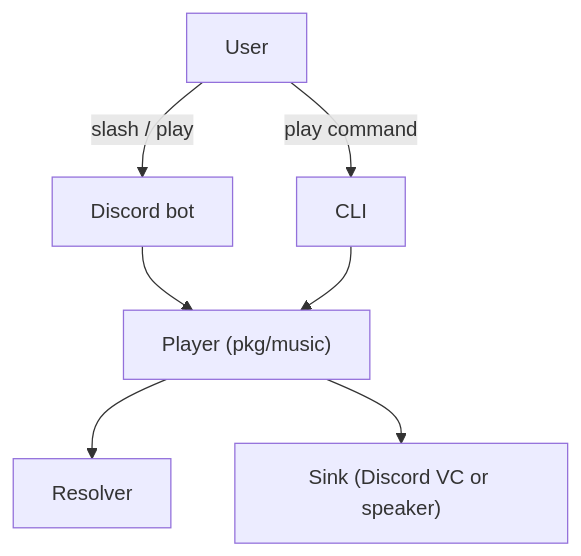
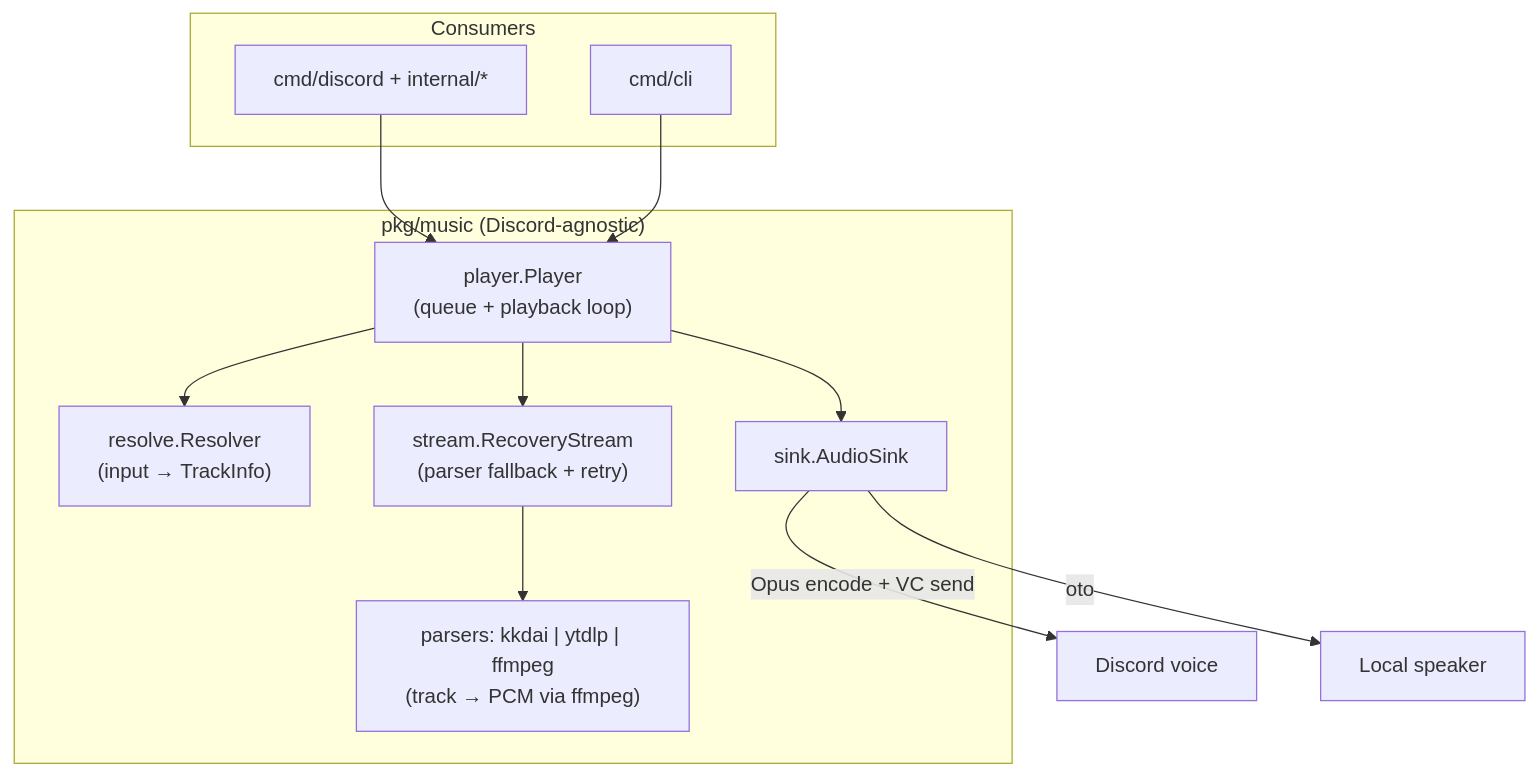
One commit to keshon/melodix changed the first of 2 diagrams in docs/architecture.md. Above: the diagram before and after it, drawn with Mermaid. The commit also changed other lines of this file and 29 other files, not shown here.

````diff
--- a/docs/architecture.md
+++ b/docs/architecture.md
@@ -164,15 +10,22 @@
 ```mermaid
 flowchart TB
-  User["User"]
-  DiscordBot["Discord bot"]
-  CLI["CLI"]
-  MusicPlayer["Player (pkg/music)"]
-  Resolver["Resolver"]
-  Sink["Sink (Discord VC or speaker)"]
-  User -->|"slash / play"| DiscordBot
-  User -->|"play command"| CLI
-  DiscordBot --> MusicPlayer
-  CLI --> MusicPlayer
-  MusicPlayer --> Resolver
-  MusicPlayer --> Sink
+  subgraph Consumers
+    DiscordBot["cmd/discord + internal/*"]
+    CLI["cmd/cli"]
+  end
+  subgraph Engine["pkg/music (Discord-agnostic)"]
+    Resolver["resolve.Resolver<br/>(input → TrackInfo)"]
+    Player["player.Player<br/>(queue + playback loop)"]
+    Stream["stream.RecoveryStream<br/>(parser fallback + retry)"]
+    Parsers["parsers: kkdai | ytdlp | ffmpeg<br/>(track → PCM via ffmpeg)"]
+    SinkIface["sink.AudioSink"]
+  end
+  DiscordBot --> Player
+  CLI --> Player
+  Player --> Resolver
+  Player --> Stream
+  Stream --> Parsers
+  Player --> SinkIface
+  SinkIface -->|Opus encode + VC send| DiscordVC["Discord voice"]
+  SinkIface -->|oto| Speaker["Local speaker"]
 ```
````
